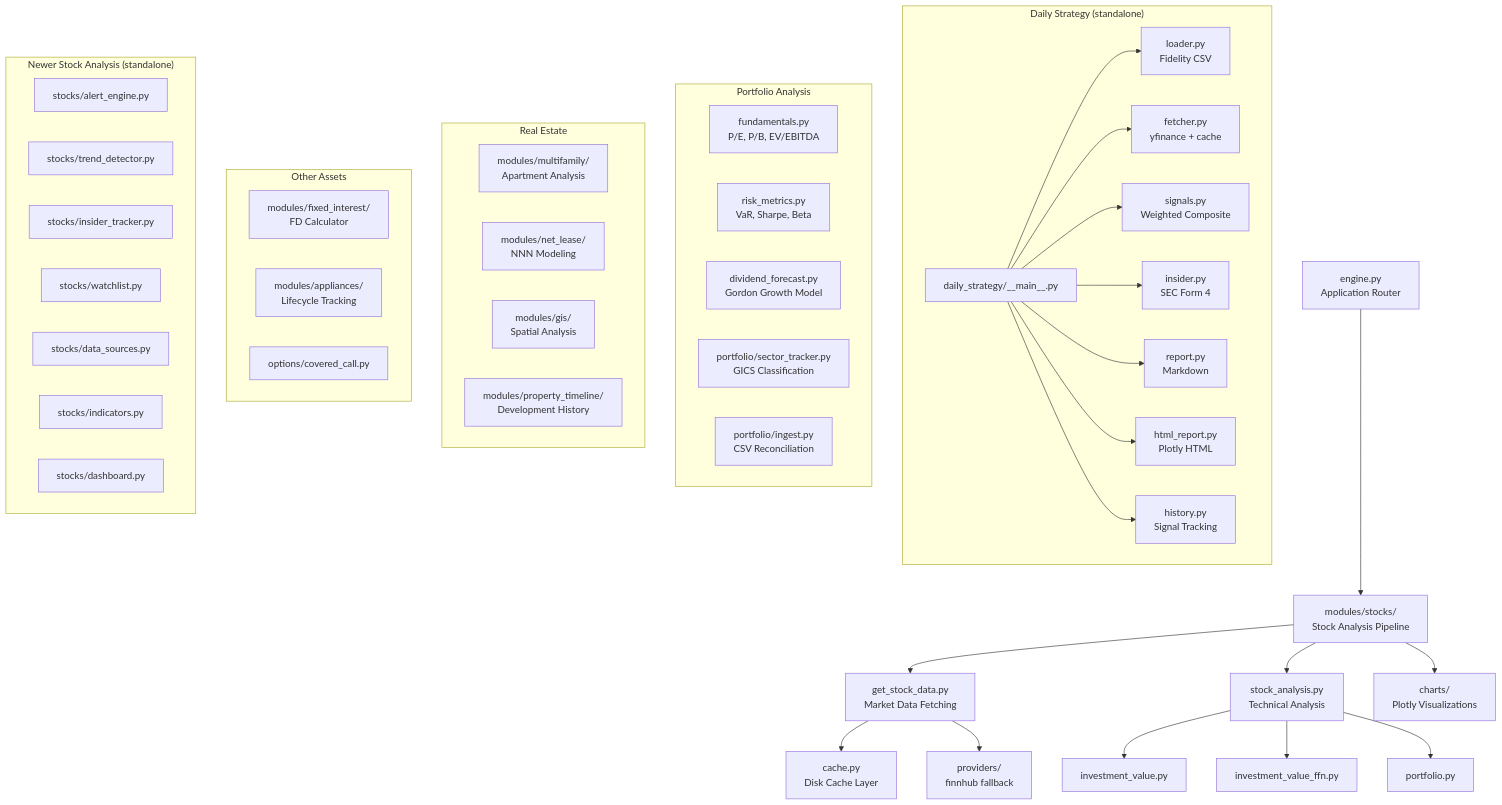
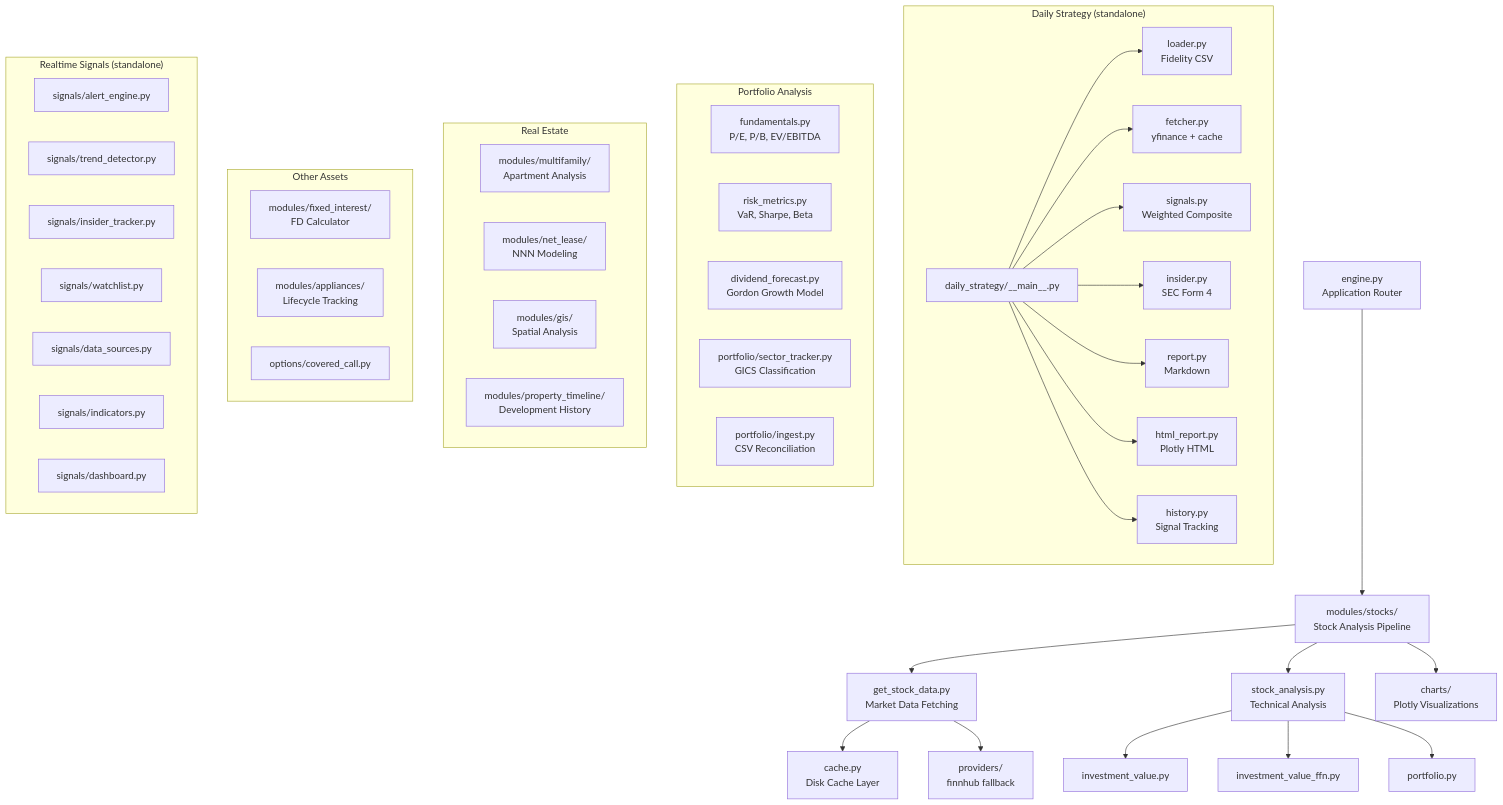
One commit to vamseeachanta/assethold changed the diagram in docs/architecture.md. Above: the diagram before and after it, drawn with Mermaid. The commit also changed other lines of this file and 20 other files, not shown here.

First line of the commit message:
refactor: rename stocks/ → signals/ to clarify realtime vs batch split (#30)

````diff
--- a/docs/architecture.md
+++ b/docs/architecture.md
@@ -5,54 +5,54 @@
 ```mermaid
 graph TD
     Engine["engine.py<br/>Application Router"] --> Stocks["modules/stocks/<br/>Stock Analysis Pipeline"]
     
     Stocks --> GetData["get_stock_data.py<br/>Market Data Fetching"]
     Stocks --> StockAnalysis["stock_analysis.py<br/>Technical Analysis"]
     StockAnalysis --> InvestmentValue["investment_value.py"]
     StockAnalysis --> InvestmentFfn["investment_value_ffn.py"]
     StockAnalysis --> Portfolio["portfolio.py"]
     GetData --> Cache["cache.py<br/>Disk Cache Layer"]
     GetData --> Providers["providers/<br/>finnhub fallback"]
     Stocks --> Charts["charts/<br/>Plotly Visualizations"]
 
     subgraph "Daily Strategy (standalone)"
         DS["daily_strategy/__main__.py"] --> Loader["loader.py<br/>Fidelity CSV"]
         DS --> Fetcher["fetcher.py<br/>yfinance + cache"]
         DS --> Signals["signals.py<br/>Weighted Composite"]
         DS --> Insider["insider.py<br/>SEC Form 4"]
         DS --> Report["report.py<br/>Markdown"]
         DS --> HTML["html_report.py<br/>Plotly HTML"]
         DS --> History["history.py<br/>Signal Tracking"]
     end
 
     subgraph "Portfolio Analysis"
         Fundamentals["fundamentals.py<br/>P/E, P/B, EV/EBITDA"]
         RiskMetrics["risk_metrics.py<br/>VaR, Sharpe, Beta"]
         DividendForecast["dividend_forecast.py<br/>Gordon Growth Model"]
         SectorTracker["portfolio/sector_tracker.py<br/>GICS Classification"]
         PortfolioIngest["portfolio/ingest.py<br/>CSV Reconciliation"]
     end
 
     subgraph "Real Estate"
         Multifamily["modules/multifamily/<br/>Apartment Analysis"]
         NetLease["modules/net_lease/<br/>NNN Modeling"]
         GIS["modules/gis/<br/>Spatial Analysis"]
         PropertyTimeline["modules/property_timeline/<br/>Development History"]
     end
 
     subgraph "Other Assets"
         FixedInterest["modules/fixed_interest/<br/>FD Calculator"]
         Appliances["modules/appliances/<br/>Lifecycle Tracking"]
         CoveredCall["options/covered_call.py"]
     end
 
-    subgraph "Newer Stock Analysis (standalone)"
-        AlertEngine["stocks/alert_engine.py"]
-        TrendDetector["stocks/trend_detector.py"]
-        InsiderTracker["stocks/insider_tracker.py"]
-        Watchlist["stocks/watchlist.py"]
-        DataSources["stocks/data_sources.py"]
-        Indicators["stocks/indicators.py"]
-        Dashboard["stocks/dashboard.py"]
+    subgraph "Realtime Signals (standalone)"
+        AlertEngine["signals/alert_engine.py"]
+        TrendDetector["signals/trend_detector.py"]
+        InsiderTracker["signals/insider_tracker.py"]
+        Watchlist["signals/watchlist.py"]
+        DataSources["signals/data_sources.py"]
+        Indicators["signals/indicators.py"]
+        Dashboard["signals/dashboard.py"]
     end
 ```
````
